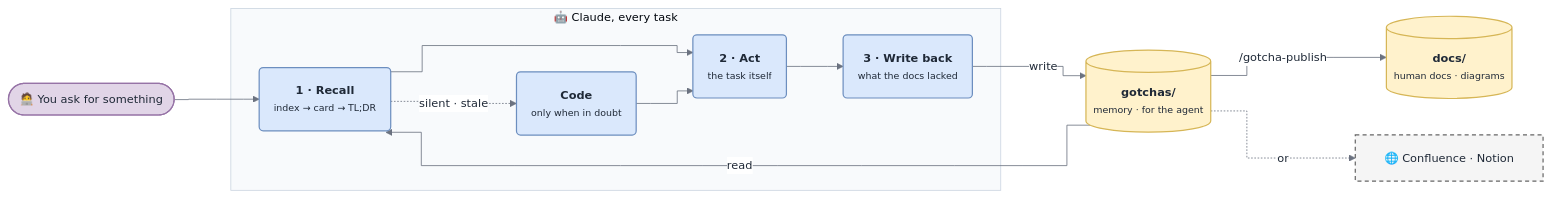
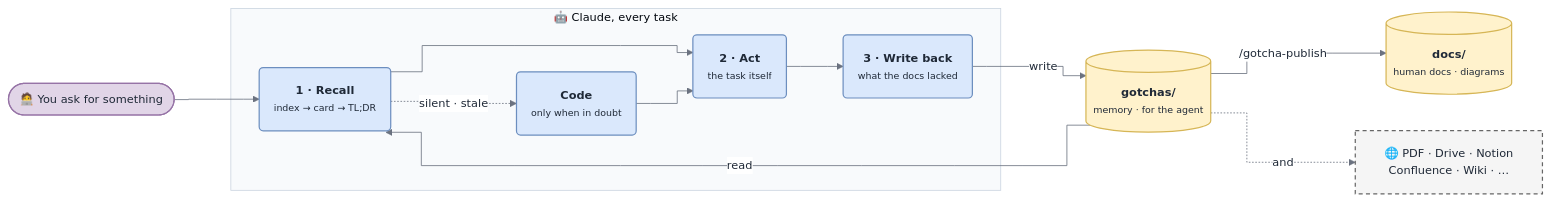
Before and after one commit to DamienVauchel/gotcha: the first of 5 diagrams in README.md, drawn with Mermaid. The commit also changed other lines of this file and 24 other files, not shown here.

First line of the commit message:
docs: rewrite README with diagrams, add full wiki sources under wiki/

````diff
--- a/README.md
+++ b/README.md
@@ -23,29 +36,29 @@
 ```mermaid
 %%{init: {"theme":"base","fontFamily":"Inter, Helvetica, Arial, sans-serif","themeVariables":{"fontFamily":"Inter, Helvetica, Arial, sans-serif","fontSize":"14px","lineColor":"#6b7280","primaryColor":"#dae8fc","primaryBorderColor":"#6c8ebf","primaryTextColor":"#1f2937","clusterBkg":"#f8fafc","clusterBorder":"#cbd5e1","edgeLabelBackground":"#ffffff"},"flowchart":{"curve":"step","padding":18,"nodeSpacing":45,"rankSpacing":70,"htmlLabels":true}}}%%
 flowchart LR
   classDef actor fill:#e1d5e7,stroke:#9673a6,stroke-width:1.5px,color:#1f2937
   classDef service fill:#dae8fc,stroke:#6c8ebf,stroke-width:1.5px,color:#1f2937
   classDef store fill:#fff2cc,stroke:#d6b656,stroke-width:1.5px,color:#1f2937
   classDef external fill:#f5f5f5,stroke:#666666,stroke-width:1.5px,stroke-dasharray:5 4,color:#1f2937
 
   you(["🧑‍💻 You ask for something"]):::actor
   subgraph claude["🤖 Claude, every task"]
     recall("<b>1 · Recall</b><br/><small>index → card → TL;DR</small>"):::service
     code("<b>Code</b><br/><small>only when in doubt</small>"):::service
     act("<b>2 · Act</b><br/><small>the task itself</small>"):::service
     wb("<b>3 · Write back</b><br/><small>what the docs lacked</small>"):::service
   end
   mem[("<b>gotchas/</b><br/><small>memory · for the agent</small>")]:::store
   docs[("<b>docs/</b><br/><small>human docs · diagrams</small>")]:::store
-  remote["🌐 Confluence · Notion"]:::external
+  remote["🌐 PDF · Drive · Notion<br/>Confluence · Wiki · …"]:::external
 
   you --> recall
   recall -.->|silent · stale| code
   recall --> act
   code --> act
   act --> wb
   mem -->|read| recall
   wb -->|write| mem
   mem -->|/gotcha-publish| docs
-  mem -.->|or| remote
+  mem -.->|and| remote
 ```
````
